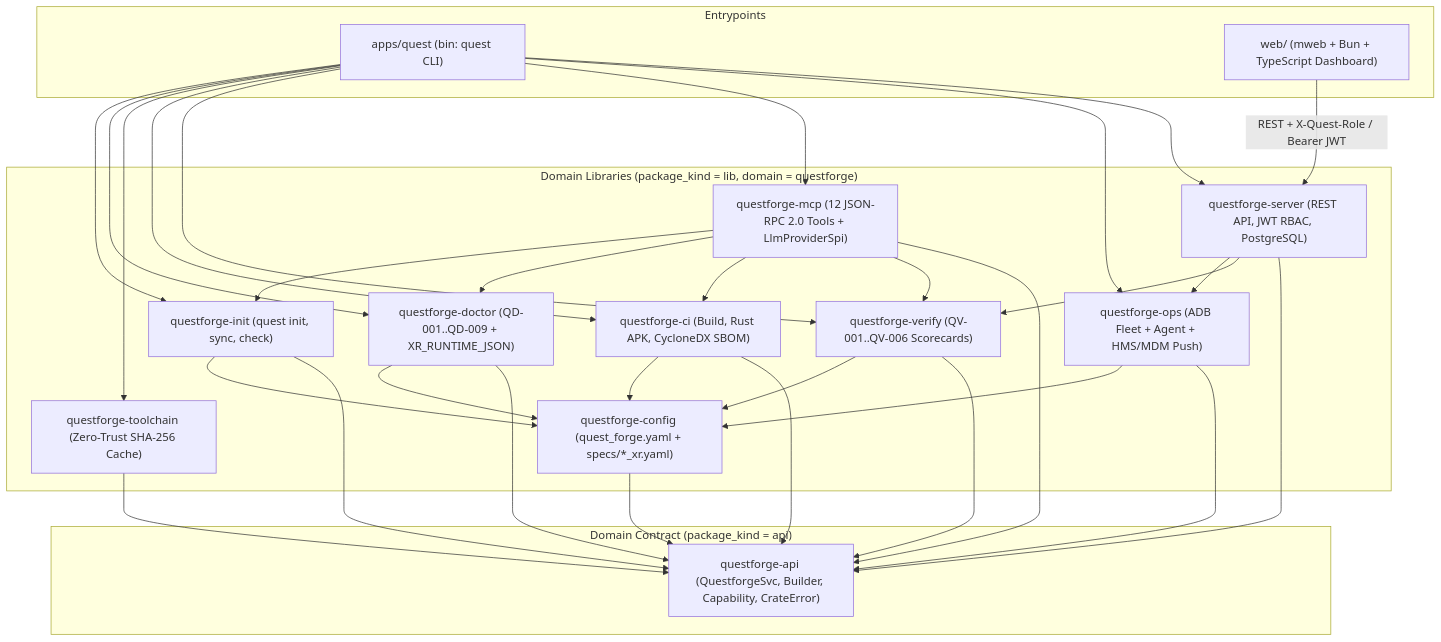
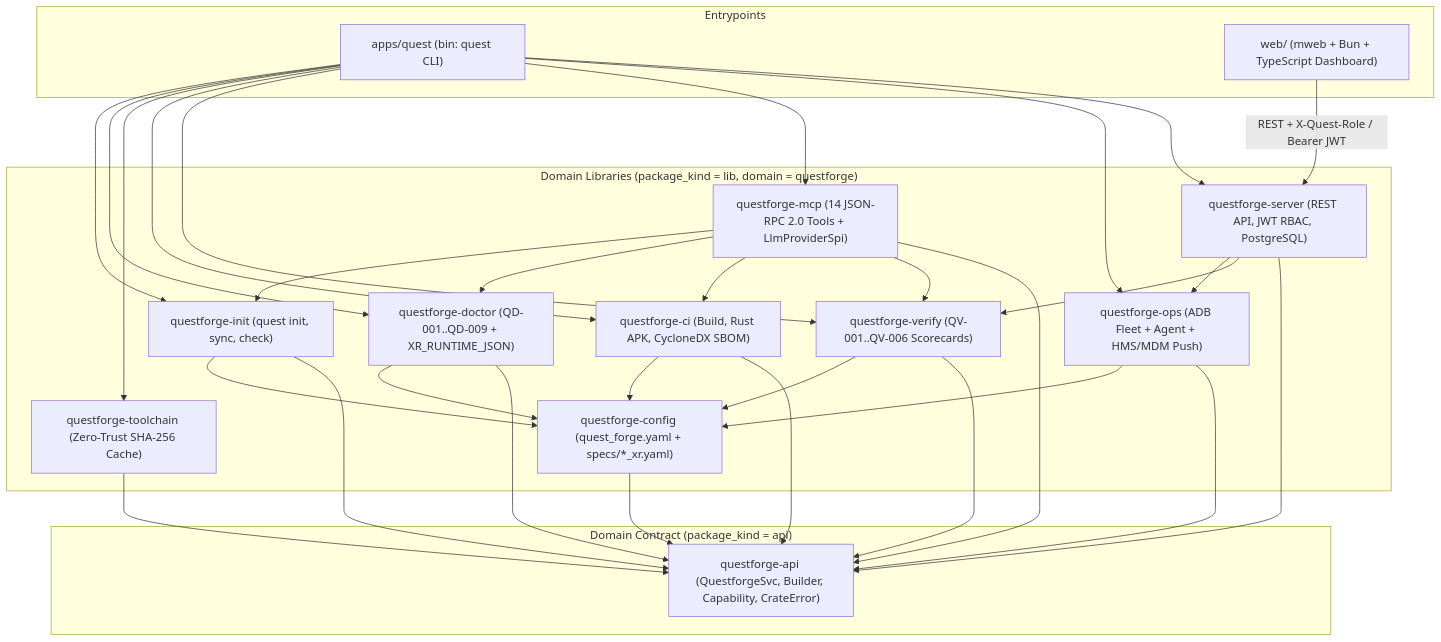
Before and after one commit to sweengineeringlabs/questforge: the first of 3 diagrams in docs/3-design/architecture.md, drawn with Mermaid. The commit also changed 2 other files, not shown here.

Commit message:
docs(cli,runbook,arch): sync 14 MCP tools, --role, and quest ops store help/docs

````diff
--- a/docs/3-design/architecture.md
+++ b/docs/3-design/architecture.md
@@ -19,30 +19,30 @@
 ```mermaid
 flowchart TD
     subgraph Entrypoints["Entrypoints"]
         CLI["apps/quest (bin: quest CLI)"]
         Web["web/ (mweb + Bun + TypeScript Dashboard)"]
     end
 
     subgraph Libs["Domain Libraries (package_kind = lib, domain = questforge)"]
         Config["questforge-config (quest_forge.yaml + specs/*_xr.yaml)"]
         Toolchain["questforge-toolchain (Zero-Trust SHA-256 Cache)"]
         Doctor["questforge-doctor (QD-001..QD-009 + XR_RUNTIME_JSON)"]
         Init["questforge-init (quest init, sync, check)"]
         CI["questforge-ci (Build, Rust APK, CycloneDX SBOM)"]
         Verify["questforge-verify (QV-001..QV-006 Scorecards)"]
-        MCP["questforge-mcp (12 JSON-RPC 2.0 Tools + LlmProviderSpi)"]
+        MCP["questforge-mcp (14 JSON-RPC 2.0 Tools + LlmProviderSpi)"]
         Ops["questforge-ops (ADB Fleet + Agent + HMS/MDM Push)"]
         Server["questforge-server (REST API, JWT RBAC, PostgreSQL)"]
     end
 
     subgraph API["Domain Contract (package_kind = api)"]
         ApiCrate["questforge-api (QuestforgeSvc, Builder, Capability, CrateError)"]
     end
 
     CLI --> Init & Doctor & Toolchain & CI & Verify & MCP & Ops & Server
     Web -->|"REST + X-Quest-Role / Bearer JWT"| Server
     MCP --> Init & Doctor & CI & Verify
     Server --> Ops & Verify
     Init & Doctor & CI & Verify & Ops --> Config
     Config & Toolchain & Doctor & Init & CI & Verify & MCP & Ops & Server --> ApiCrate
 ```
````
